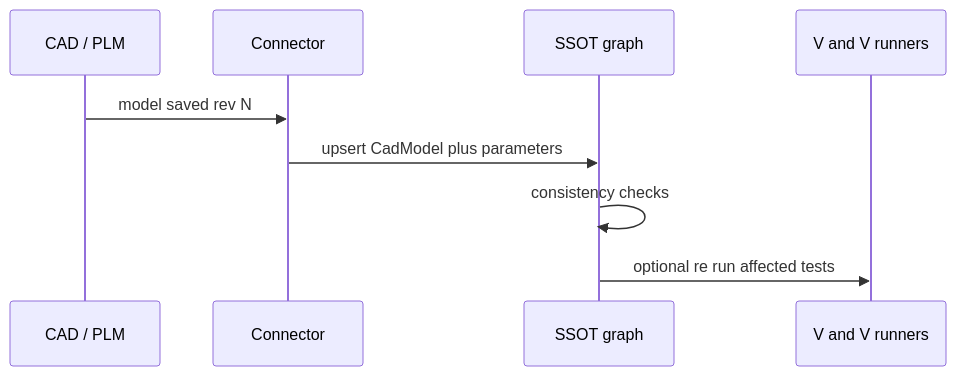
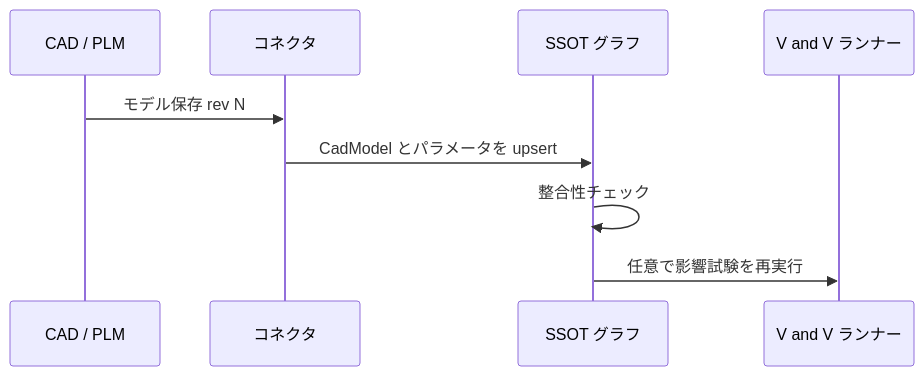
One commit to hirototamura/one-piece changed the third of 6 diagrams in docs/INFORMATION_ARCHITECTURE.md. Above: the diagram before and after it, drawn with Mermaid. The commit also changed other lines of this file and 16 other files, not shown here.

````diff
--- a/docs/INFORMATION_ARCHITECTURE.md
+++ b/docs/INFORMATION_ARCHITECTURE.md
@@ -168,12 +168,12 @@
 ```mermaid
 sequenceDiagram
   participant CAD as CAD / PLM
-  participant Conn as Connector
-  participant SSOT as SSOT graph
-  participant VV as V and V runners
+  participant Conn as コネクタ
+  participant SSOT as SSOT グラフ
+  participant VV as V and V ランナー
 
-  CAD->>Conn: model saved rev N
-  Conn->>SSOT: upsert CadModel plus parameters
-  SSOT->>SSOT: consistency checks
-  SSOT->>VV: optional re run affected tests
+  CAD->>Conn: モデル保存 rev N
+  Conn->>SSOT: CadModel とパラメータを upsert
+  SSOT->>SSOT: 整合性チェック
+  SSOT->>VV: 任意で影響試験を再実行
 ```
````
